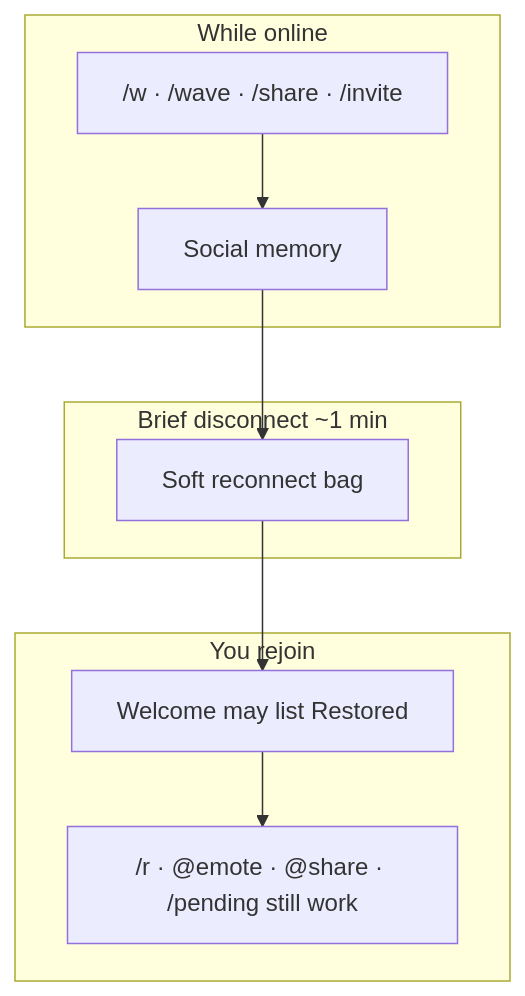
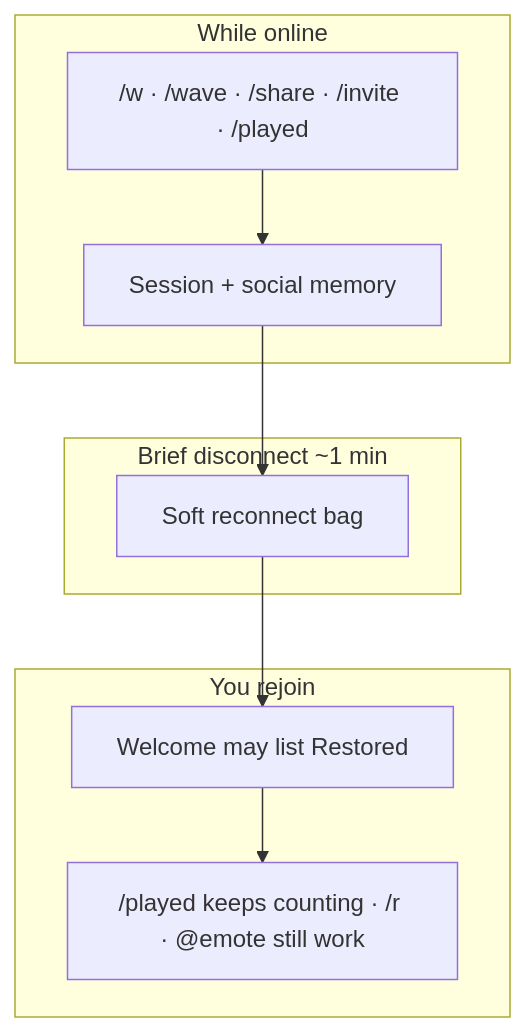
The second of 4 diagrams in README.md (Im-Nova-Dev/dq1_mmo), drawn with Mermaid before and after one commit. The commit also changed other lines of this file and 3 other files, not shown here.

First line of the commit message:
Docs: Session soft reconnect card and plain-language /played polish.

````diff
--- a/README.md
+++ b/README.md
@@ -265,13 +276,13 @@
 ```mermaid
 flowchart TB
   subgraph play ["While online"]
-    W["/w · /wave · /share · /invite"] --> M[Social memory]
+    W["/w · /wave · /share · /invite · /played"] --> M[Session + social memory]
   end
   subgraph drop ["Brief disconnect ~1 min"]
     M --> S[Soft reconnect bag]
   end
   subgraph back ["You rejoin"]
     S --> R[Welcome may list Restored]
-    R --> A["/r · @emote · @share · /pending still work"]
+    R --> A["/played keeps counting · /r · @emote still work"]
   end
 ```
````
